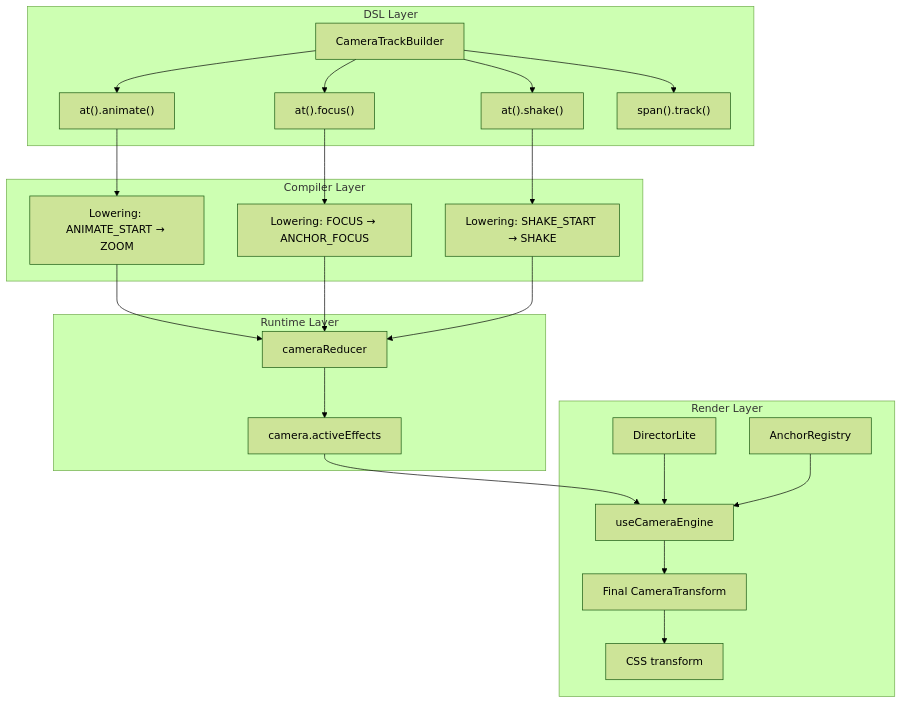
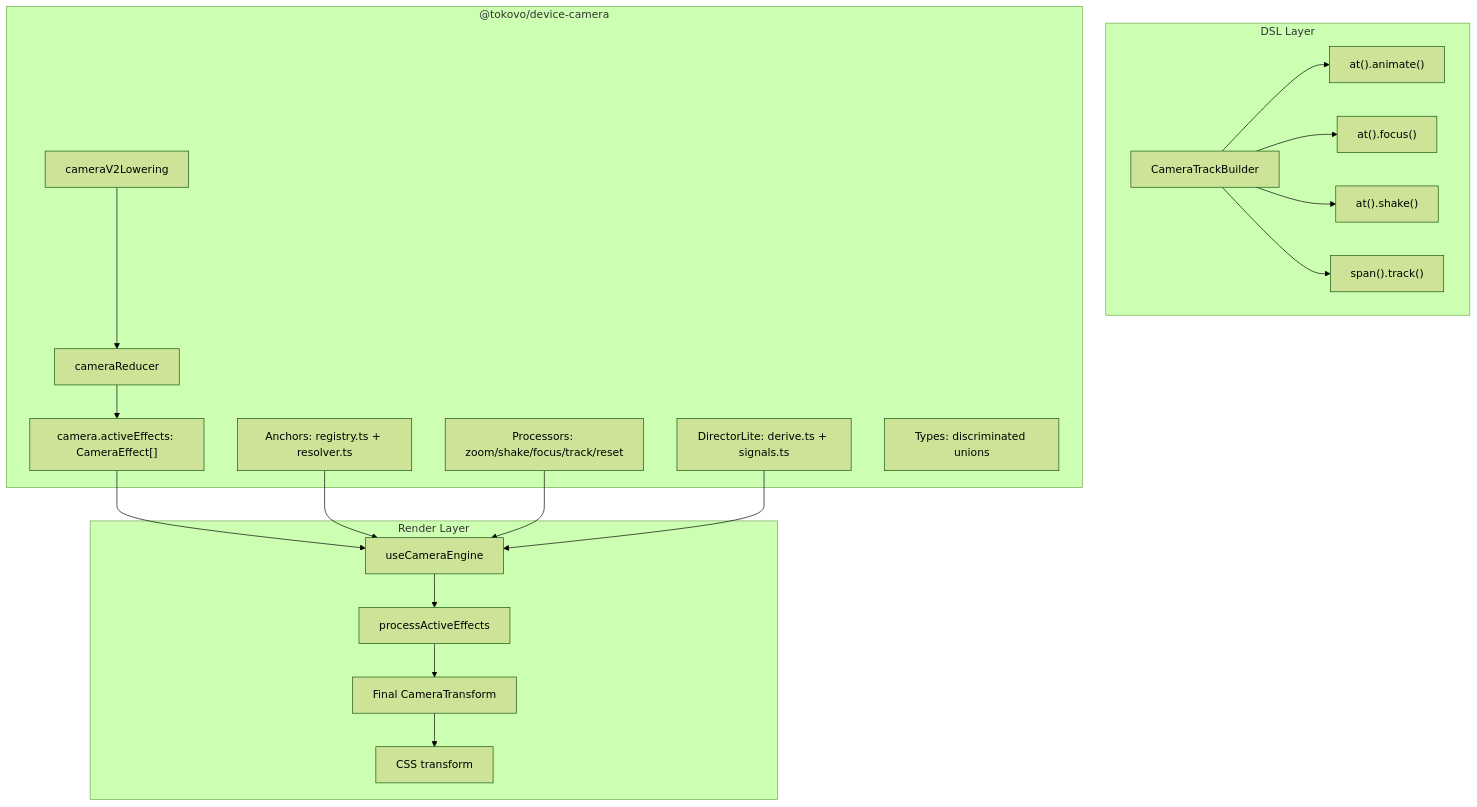
One commit to nishit-g/tokovo changed the diagram in docs/packages/camera_arch.md. Above: the diagram before and after it, drawn with Mermaid (forest theme). The commit also changed other lines of this file and 18 other files, not shown here.

````diff
--- a/docs/packages/camera_arch.md
+++ b/docs/packages/camera_arch.md
@@ -7,30 +7,29 @@
 ```mermaid
 graph TD
     subgraph "DSL Layer"
         A[CameraTrackBuilder] --> B["at().animate()"]
         A --> C["at().focus()"]
         A --> D["at().shake()"]
         A --> E["span().track()"]
     end
     
-    subgraph "Compiler Layer"
-        B --> F[Lowering: ANIMATE_START → ZOOM]
-        C --> G[Lowering: FOCUS → ANCHOR_FOCUS]
-        D --> H[Lowering: SHAKE_START → SHAKE]
-    end
-    
-    subgraph "Runtime Layer"
-        F --> I[cameraReducer]
-        G --> I
-        H --> I
-        I --> J[camera.activeEffects]
+    subgraph "@tokovo/device-camera"
+        F[cameraV2Lowering] --> G[cameraReducer]
+        G --> H["camera.activeEffects: CameraEffect[]"]
+        
+        I[Anchors: registry.ts + resolver.ts]
+        J[Processors: zoom/shake/focus/track/reset]
+        K[DirectorLite: derive.ts + signals.ts]
+        L[Types: discriminated unions]
     end
     
     subgraph "Render Layer"
-        J --> K[useCameraEngine]
-        L[DirectorLite] --> K
-        M[AnchorRegistry] --> K
-        K --> N[Final CameraTransform]
-        N --> O[CSS transform]
+        H --> M[useCameraEngine]
+        I --> M
+        J --> M
+        K --> M
+        M --> N[processActiveEffects]
+        N --> O[Final CameraTransform]
+        O --> P[CSS transform]
     end
 ```
````
